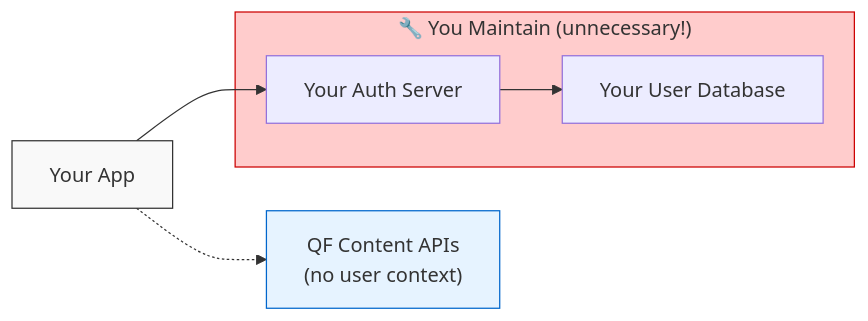
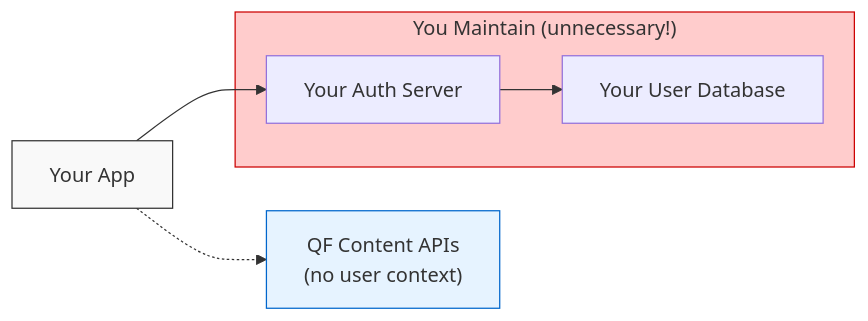
The first of 3 diagrams in docs/tutorials/oidc/getting-started-with-oauth2.mdx (quran/qf-api-docs), drawn with Mermaid before and after one commit. The commit also changed other lines of this file and 2 other files, not shown here.

````diff
--- a/docs/tutorials/oidc/getting-started-with-oauth2.mdx
+++ b/docs/tutorials/oidc/getting-started-with-oauth2.mdx
@@ -81,15 +81,15 @@
 ```mermaid
 flowchart LR
-    subgraph maintain["🔧 You Maintain (unnecessary!)"]
+    subgraph maintain["You Maintain (unnecessary!)"]
         Auth["Your Auth Server"]
         DB["Your User Database"]
     end
 
     App["Your App"] --> Auth
     Auth --> DB
     App -.-> Content["QF Content APIs<br/>(no user context)"]
 
     style maintain fill:#ffcccc,stroke:#cc0000
     style App fill:#f9f9f9,stroke:#333
     style Content fill:#e6f3ff,stroke:#0066cc
 ```
````
